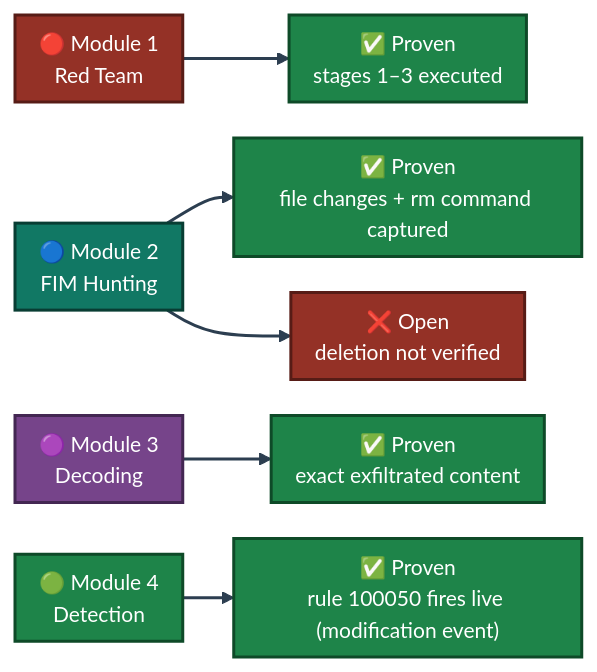
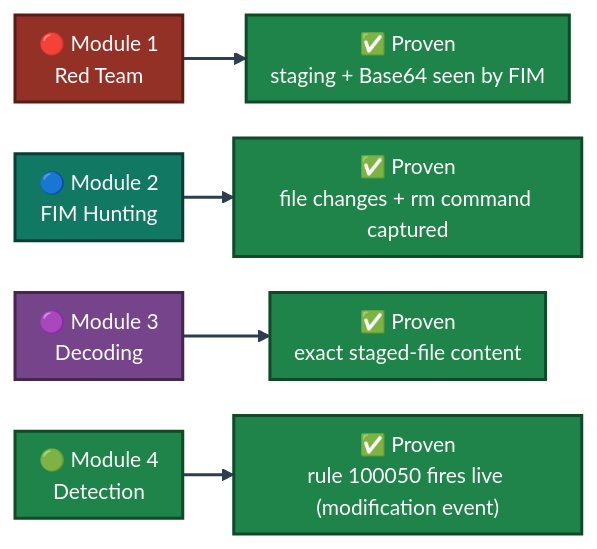
Before and after one commit to malaika-azhar/Cybersecurity-Lab-Projects: the third of 3 diagrams in 3-Advanced-Cyber-Projects/project-13-soc-redvsblue-capstone/README.md, drawn with Mermaid. The commit also changed other lines of this file, not shown here.

````diff
--- a/3-Advanced-Cyber-Projects/project-13-soc-redvsblue-capstone/README.md
+++ b/3-Advanced-Cyber-Projects/project-13-soc-redvsblue-capstone/README.md
@@ -323,16 +312,14 @@
 ```mermaid
 %%{init: {'theme': 'base', 'themeVariables': {'fontSize': '14px'}, 'flowchart': {'nodeSpacing': 24, 'rankSpacing': 34, 'padding': 8}}}%%
 flowchart LR
-    M1["🔴 Module 1<br/>Red Team"]:::m1 --> P1["✅ Proven<br/>stages 1–3 executed"]:::ok
+    M1["🔴 Module 1<br/>Red Team"]:::m1 --> P1["✅ Proven<br/>staging + Base64 seen by FIM"]:::ok
     M2["🔵 Module 2<br/>FIM Hunting"]:::m2 --> P2["✅ Proven<br/>file changes + rm command captured"]:::ok
-    M2 --> N2["❌ Open<br/>deletion not verified"]:::bad
-    M3["🟣 Module 3<br/>Decoding"]:::m3 --> P3["✅ Proven<br/>exact exfiltrated content"]:::ok
+    M3["🟣 Module 3<br/>Decoding"]:::m3 --> P3["✅ Proven<br/>exact staged-file content"]:::ok
     M4["🟢 Module 4<br/>Detection"]:::m4 --> P4["✅ Proven<br/>rule 100050 fires live (modification event)"]:::ok
     classDef m1 fill:#943126,stroke:#571C16,stroke-width:2px,color:#FFFFFF
     classDef m2 fill:#117864,stroke:#083D33,stroke-width:2px,color:#FFFFFF
     classDef m3 fill:#76448A,stroke:#432752,stroke-width:2px,color:#FFFFFF
     classDef m4 fill:#1E8449,stroke:#0E4A28,stroke-width:2px,color:#FFFFFF
     classDef ok fill:#1E8449,stroke:#0E4A28,stroke-width:2px,color:#FFFFFF
-    classDef bad fill:#943126,stroke:#571C16,stroke-width:2px,color:#FFFFFF
     linkStyle default stroke:#2C3E50,stroke-width:2px
 ```
````
